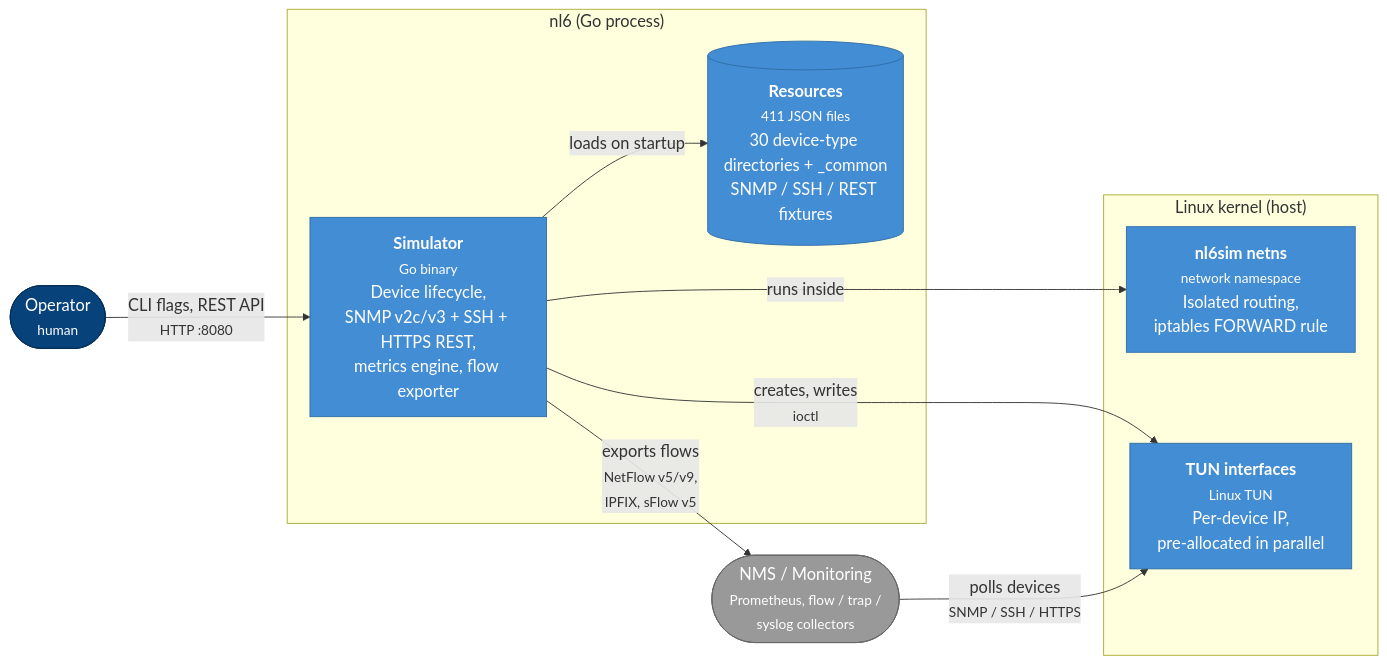
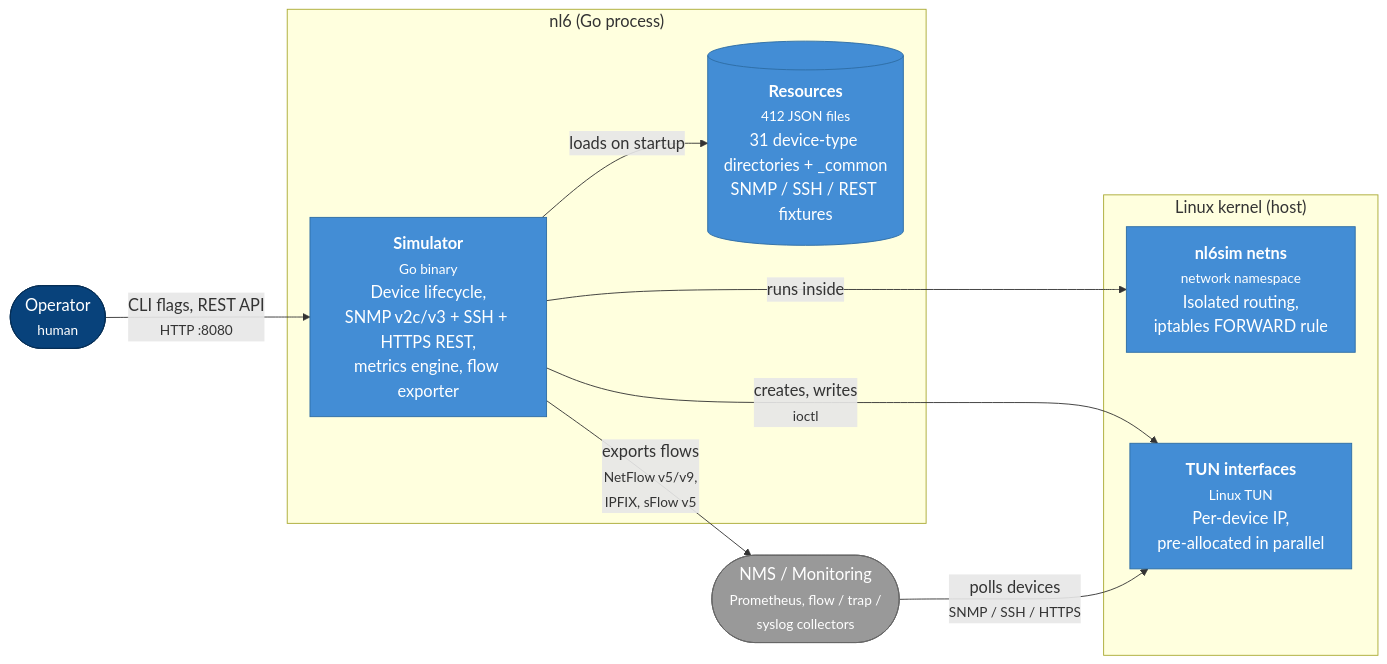
The diagram in docs/explanation/architecture.md (labmonkeys-space/nl6), drawn with Mermaid before and after one commit. The commit also changed other lines of this file and 45 other files, not shown here.

First line of the commit message:
feat(resources): add the cisco_asr9902 device type from an IOS-XR chassis model (#802)

````diff
--- a/docs/explanation/architecture.md
+++ b/docs/explanation/architecture.md
@@ -12,28 +12,28 @@
 ```mermaid
 %%{init: {'themeVariables': {'fontSize': '18px'}}}%%
 flowchart LR
     operator(["Operator<br/><small>human</small>"]):::person
     nms(["NMS / Monitoring<br/><small>Prometheus, flow / trap /<br/>syslog collectors</small>"]):::ext
 
     subgraph nl6 ["nl6 (Go process)"]
         simulator["<b>Simulator</b><br/><small>Go binary</small><br/>Device lifecycle,<br/>SNMP v2c/v3 + SSH + HTTPS REST,<br/>metrics engine, flow exporter"]
-        resources[("<b>Resources</b><br/><small>411 JSON files</small><br/>30 device-type directories + _common<br/>SNMP / SSH / REST fixtures")]
+        resources[("<b>Resources</b><br/><small>412 JSON files</small><br/>31 device-type directories + _common<br/>SNMP / SSH / REST fixtures")]
     end
 
     subgraph kernel ["Linux kernel (host)"]
         netns["<b>nl6sim netns</b><br/><small>network namespace</small><br/>Isolated routing,<br/>iptables FORWARD rule"]
         tun["<b>TUN interfaces</b><br/><small>Linux TUN</small><br/>Per-device IP,<br/>pre-allocated in parallel"]
     end
 
     operator -->|"CLI flags, REST API<br/><small>HTTP :8080</small>"| simulator
     simulator -->|loads on startup| resources
     simulator -->|creates, writes<br/><small>ioctl</small>| tun
     simulator -->|runs inside| netns
     nms -->|"polls devices<br/><small>SNMP / SSH / HTTPS</small>"| tun
     simulator -->|"exports flows<br/><small>NetFlow v5/v9,<br/>IPFIX, sFlow v5</small>"| nms
 
     classDef person fill:#08427b,stroke:#052e56,color:#fff
     classDef ext fill:#999,stroke:#666,color:#fff
     classDef default fill:#438dd5,stroke:#2e6da4,color:#fff
     class simulator,resources,netns,tun default
 ```
````
